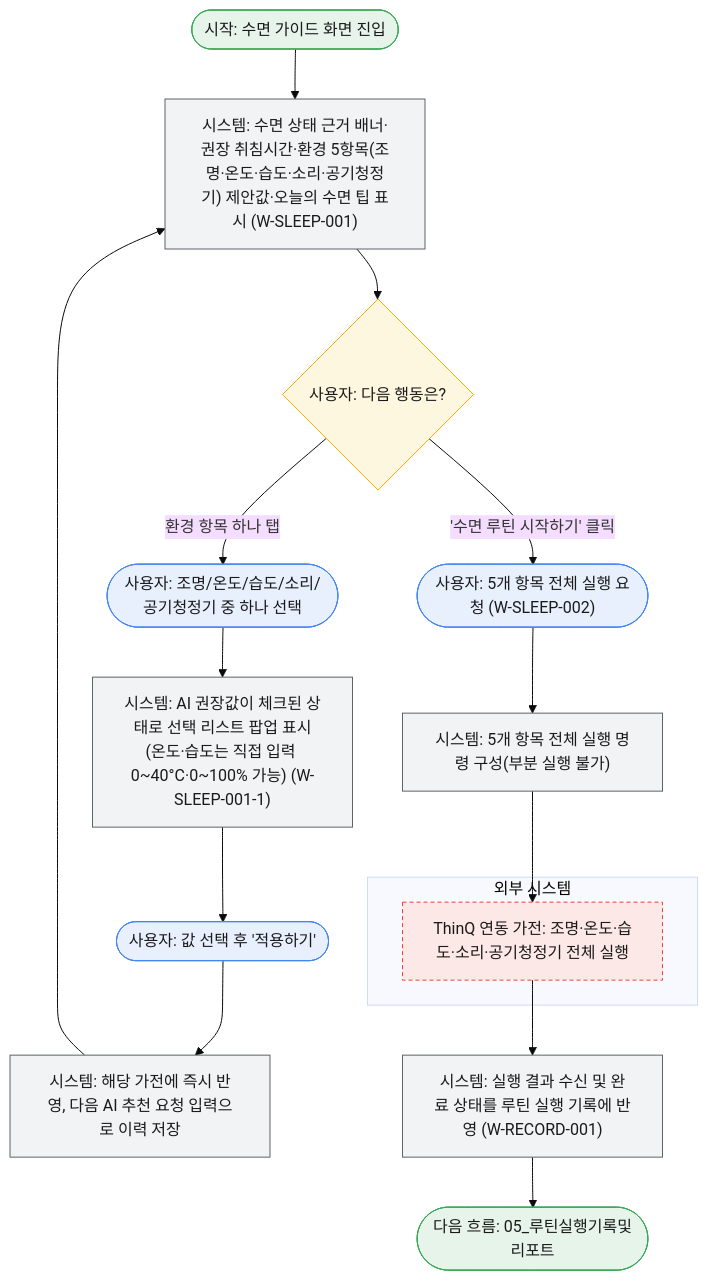
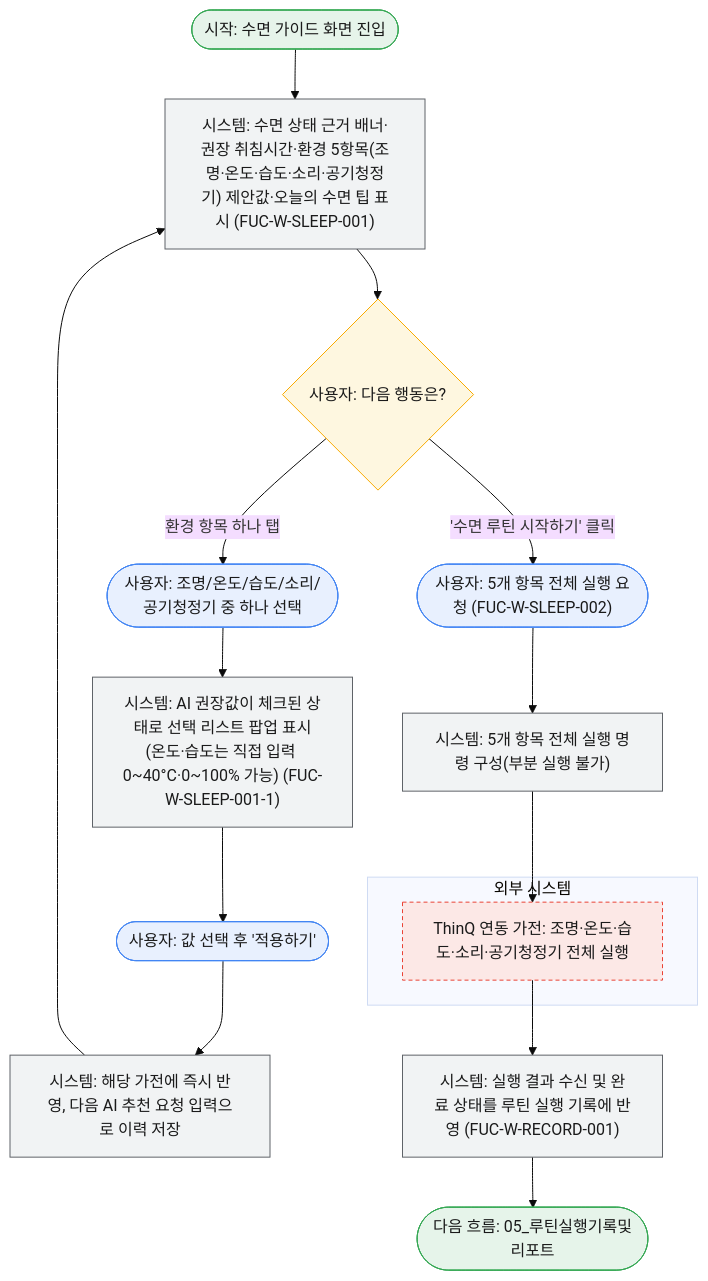
The diagram in docs/서비스흐름도/07_수면가이드흐름.mmd (lgdxDORAEMI/PLM), drawn with Mermaid (base theme) before and after one commit. The commit also changed 11 other files, not shown here.

```diff
--- a/docs/서비스흐름도/07_수면가이드흐름.mmd
+++ b/docs/서비스흐름도/07_수면가이드흐름.mmd
@@ -1,31 +1,31 @@
 %% 서비스 흐름도: 수면 가이드 확인 및 실행
-%% 관련 기능: W-SLEEP-001(메인화면), W-SLEEP-001-1(환경설정팝업), W-SLEEP-002(전체실행), W-RECORD-001 / 관련 UC: UC3, UC6, UC11, UC12 (전제: UC3 루틴 생성 완료)
+%% 관련 기능: FUC-W-SLEEP-001(메인화면), FUC-W-SLEEP-001-1(환경설정팝업), FUC-W-SLEEP-002(전체실행), FUC-W-RECORD-001 / 관련 UC: UC3, UC6, UC11, UC12 (전제: UC3 루틴 생성 완료)
 %% UI 기준: AI가 추천한 5개 환경 항목(조명/온도/습도/소리/공기청정기)이 메인 화면에 항상 모두 노출된다.
-%%          항목 하나를 탭하면 그 항목만 값을 바꾸는 하단 팝업(W-SLEEP-001-1)이 뜬다.
-%%          '수면 루틴 시작하기'(W-SLEEP-002)는 5개 항목 전체를 한 번에 실행하며, 일부만 선택해 실행하는 것은 지원하지 않는다.
+%%          항목 하나를 탭하면 그 항목만 값을 바꾸는 하단 팝업(FUC-W-SLEEP-001-1)이 뜬다.
+%%          '수면 루틴 시작하기'(FUC-W-SLEEP-002)는 5개 항목 전체를 한 번에 실행하며, 일부만 선택해 실행하는 것은 지원하지 않는다.
 flowchart TD
     classDef user fill:#E8F0FE,stroke:#4285F4,color:#1a1a1a;
     classDef system fill:#F1F3F4,stroke:#5f6368,color:#1a1a1a;
     classDef decision fill:#FEF7E0,stroke:#F9AB00,color:#1a1a1a;
     classDef terminal fill:#E6F4EA,stroke:#34A853,color:#1a1a1a;
     classDef external fill:#FCE8E6,stroke:#EA4335,color:#1a1a1a,stroke-dasharray: 4 3;
 
-    Start(["시작: 수면 가이드 화면 진입"]):::terminal --> A["시스템: 수면 상태 근거 배너·권장 취침시간·환경 5항목(조명·온도·습도·소리·공기청정기) 제안값·오늘의 수면 팁 표시 (W-SLEEP-001)"]:::system
+    Start(["시작: 수면 가이드 화면 진입"]):::terminal --> A["시스템: 수면 상태 근거 배너·권장 취침시간·환경 5항목(조명·온도·습도·소리·공기청정기) 제안값·오늘의 수면 팁 표시 (FUC-W-SLEEP-001)"]:::system
     A --> B{"사용자: 다음 행동은?"}:::decision
 
     B -- 환경 항목 하나 탭 --> P(["사용자: 조명/온도/습도/소리/공기청정기 중 하나 선택"]):::user
-    P --> Q["시스템: AI 권장값이 체크된 상태로 선택 리스트 팝업 표시<br/>(온도·습도는 직접 입력 0~40°C·0~100% 가능) (W-SLEEP-001-1)"]:::system
+    P --> Q["시스템: AI 권장값이 체크된 상태로 선택 리스트 팝업 표시<br/>(온도·습도는 직접 입력 0~40°C·0~100% 가능) (FUC-W-SLEEP-001-1)"]:::system
     Q --> R(["사용자: 값 선택 후 '적용하기'"]):::user
     R --> T["시스템: 해당 가전에 즉시 반영, 다음 AI 추천 요청 입력으로 이력 저장"]:::system
     T --> A
 
-    B -- '수면 루틴 시작하기' 클릭 --> F(["사용자: 5개 항목 전체 실행 요청 (W-SLEEP-002)"]):::user
+    B -- '수면 루틴 시작하기' 클릭 --> F(["사용자: 5개 항목 전체 실행 요청 (FUC-W-SLEEP-002)"]):::user
     F --> G["시스템: 5개 항목 전체 실행 명령 구성(부분 실행 불가)"]:::system
 
     subgraph EXT["외부 시스템"]
         H["ThinQ 연동 가전: 조명·온도·습도·소리·공기청정기 전체 실행"]:::external
     end
 
     G --> H
-    H --> I["시스템: 실행 결과 수신 및 완료 상태를 루틴 실행 기록에 반영 (W-RECORD-001)"]:::system
+    H --> I["시스템: 실행 결과 수신 및 완료 상태를 루틴 실행 기록에 반영 (FUC-W-RECORD-001)"]:::system
     I --> End(["다음 흐름: 05_루틴실행기록및리포트"]):::terminal
```
